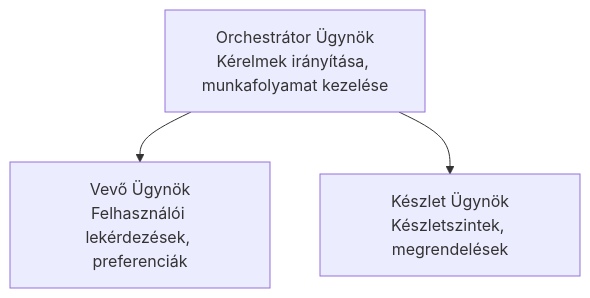
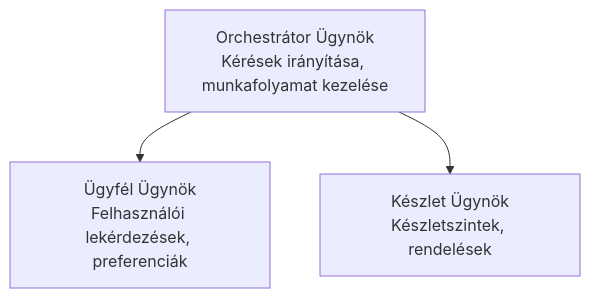
Before and after one commit to microsoft/AZD-for-beginners: the diagram in translations/hu/docs/chapter-05-multi-agent/README.md, drawn with Mermaid. The commit also changed other lines of this file and 61 other files, not shown here.

````diff
--- a/translations/hu/docs/chapter-05-multi-agent/README.md
+++ b/translations/hu/docs/chapter-05-multi-agent/README.md
@@ -54,5 +54,5 @@
 ```mermaid
 graph TD
-    Orchestrator[Orchestrátor Ügynök<br/>Kérelmek irányítása, munkafolyamat kezelése] --> Customer[Vevő Ügynök<br/>Felhasználói lekérdezések, preferenciák]
-    Orchestrator --> Inventory[Készlet Ügynök<br/>Készletszintek, megrendelések]
+    Orchestrator[Orchestrátor Ügynök<br/>Kérések irányítása, munkafolyamat kezelése] --> Customer[Ügyfél Ügynök<br/>Felhasználói lekérdezések, preferenciák]
+    Orchestrator --> Inventory[Készlet Ügynök<br/>Készletszintek, rendelések]
 ```
````
